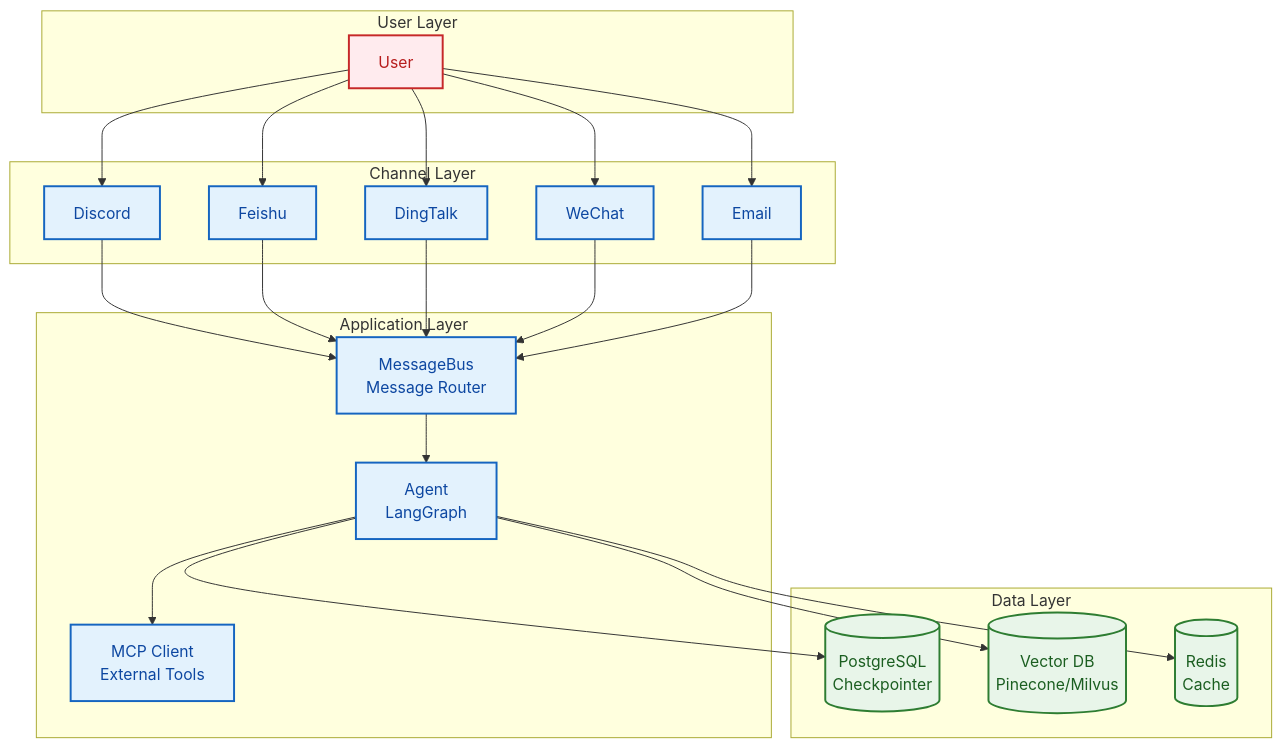
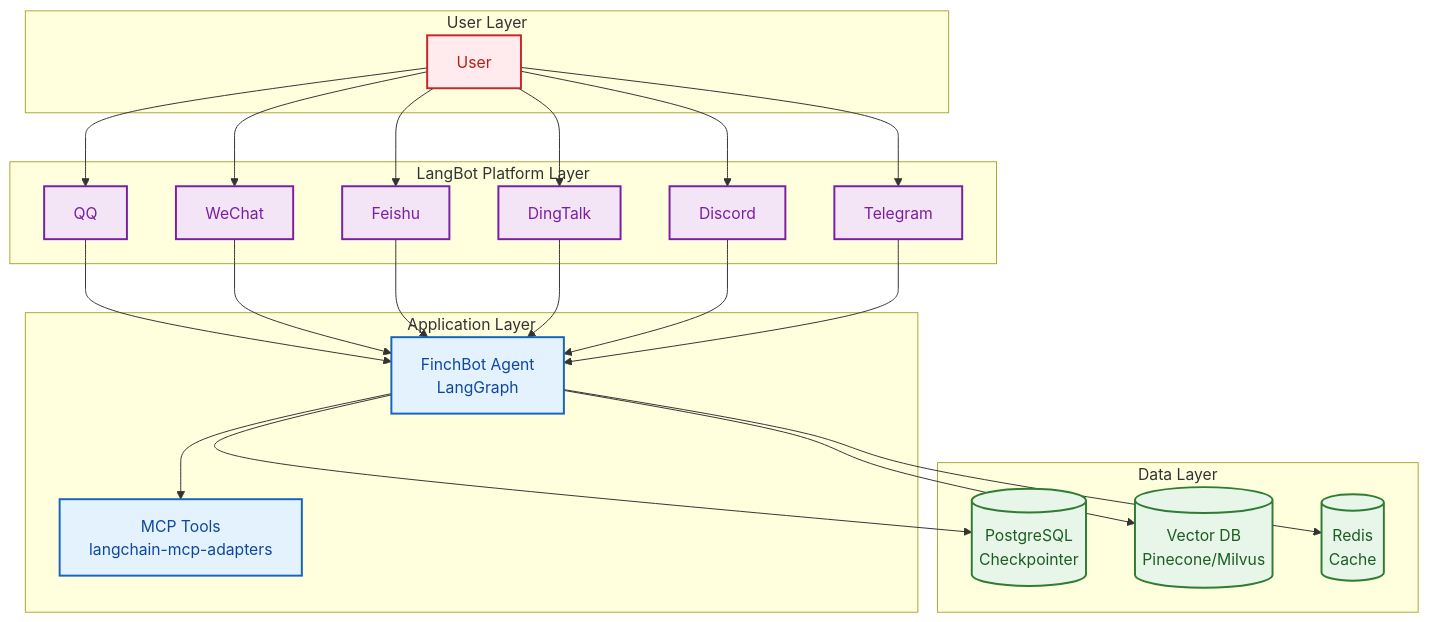
Before and after one commit to xt765/FinchBot: the first of 2 diagrams in docs/en-US/deployment.md, drawn with Mermaid. The commit also changed 30 other files, not shown here.

First line of the commit message:
refactor: 使用 langchain-mcp-adapters 和 LangBot 重构 MCP 和 Channel 模块

````diff
--- a/docs/en-US/deployment.md
+++ b/docs/en-US/deployment.md
@@ -208,36 +208,36 @@
 ```mermaid
 flowchart TB
     classDef userLayer fill:#ffebee,stroke:#c62828,stroke-width:2px,color:#b71c1c;
     classDef appLayer fill:#e3f2fd,stroke:#1565c0,stroke-width:2px,color:#0d47a1;
     classDef dataLayer fill:#e8f5e9,stroke:#2e7d32,stroke-width:2px,color:#1b5e20;
+    classDef langbot fill:#f3e5f5,stroke:#7b1fa2,stroke-width:2px,color:#7b1fa2;
 
     subgraph Users [User Layer]
         U[User]:::userLayer
     end
 
-    subgraph Channels [Channel Layer]
-        Discord[Discord]:::appLayer
-        Feishu[Feishu]:::appLayer
-        DingTalk[DingTalk]:::appLayer
-        WeChat[WeChat]:::appLayer
-        Email[Email]:::appLayer
+    subgraph LangBot [LangBot Platform Layer]
+        QQ[QQ]:::langbot
+        WeChat[WeChat]:::langbot
+        Feishu[Feishu]:::langbot
+        DingTalk[DingTalk]:::langbot
+        Discord[Discord]:::langbot
+        Telegram[Telegram]:::langbot
     end
 
     subgraph App [Application Layer]
-        Bus[MessageBus<br/>Message Router]:::appLayer
-        Agent[Agent<br/>LangGraph]:::appLayer
-        MCP[MCP Client<br/>External Tools]:::appLayer
+        Agent[FinchBot Agent<br/>LangGraph]:::appLayer
+        MCP[MCP Tools<br/>langchain-mcp-adapters]:::appLayer
     end
 
     subgraph Data [Data Layer]
         PG[(PostgreSQL<br/>Checkpointer)]:::dataLayer
         Vector[(Vector DB<br/>Pinecone/Milvus)]:::dataLayer
         Redis[(Redis<br/>Cache)]:::dataLayer
     end
 
-    U --> Discord & Feishu & DingTalk & WeChat & Email
-    Discord & Feishu & DingTalk & WeChat & Email --> Bus
-    Bus --> Agent
+    U --> QQ & WeChat & Feishu & DingTalk & Discord & Telegram
+    QQ & WeChat & Feishu & DingTalk & Discord & Telegram --> Agent
     Agent --> MCP
     Agent --> PG & Vector & Redis
 ```
````
